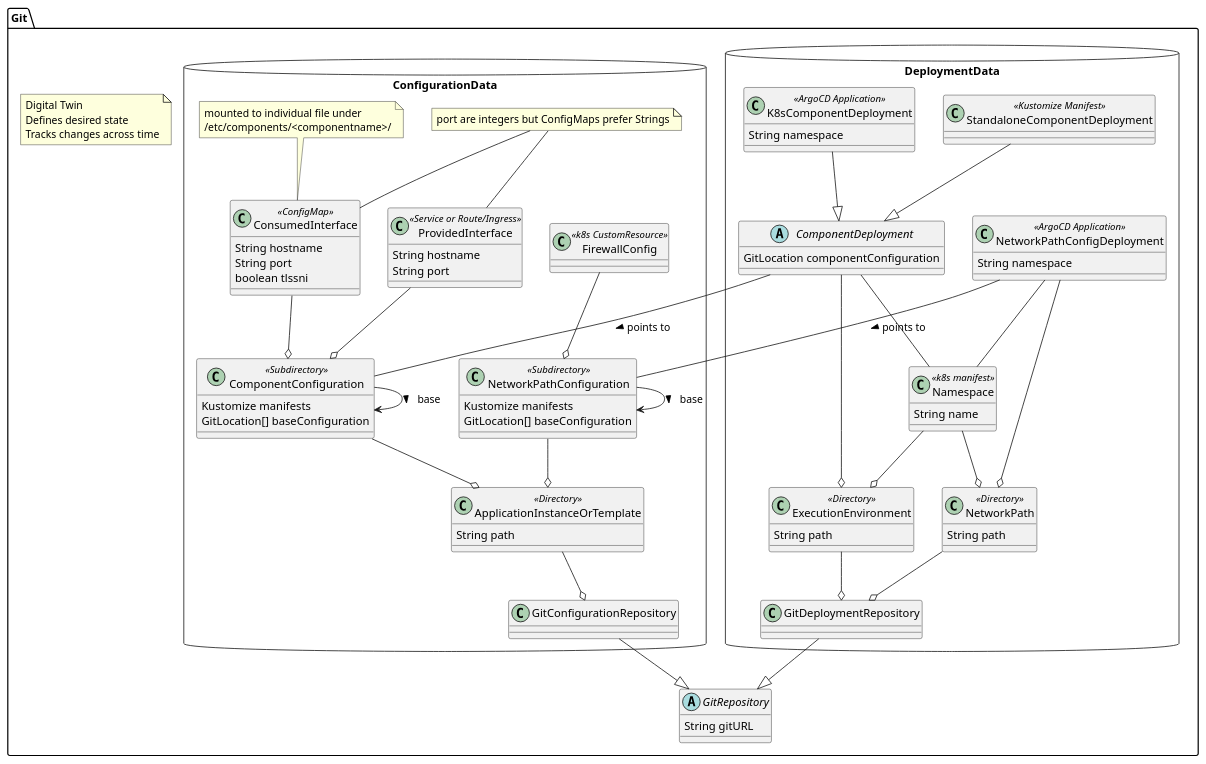
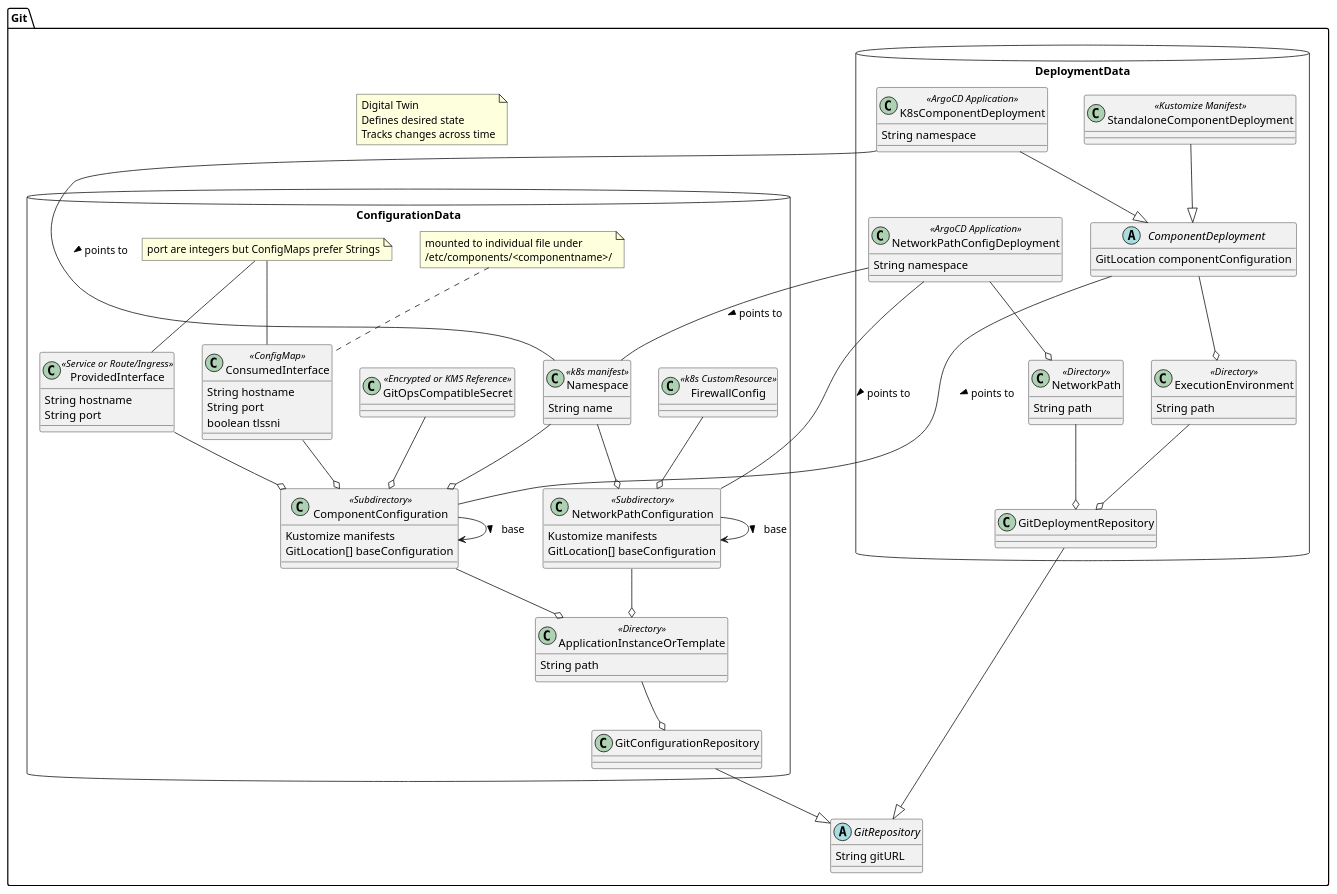
One commit to sa-mw-dach/manuela changed the diagram in docs/architecture/metamodel.git.plantuml. Above: the diagram before and after it, drawn with PlantUML. The commit also changed 1 other file, not shown here.

Commit message:
Add secret and moved namespace to component instance config

```diff
--- a/docs/architecture/metamodel.git.plantuml
+++ b/docs/architecture/metamodel.git.plantuml
@@ -1,102 +1,105 @@
 @startuml
 namespace Git {
     note "Digital Twin\nDefines desired state\nTracks changes across time" as notedigitaltwin
     'Git.ConfigurationData .up. notedigitaltwin
     'Git.DeploymentData .left. notedigitaltwin
 
     abstract class GitRepository
     GitRepository : String gitURL
 
     namespace DeploymentData <<Database>> {
         class K8sComponentDeployment <<ArgoCD Application>>
         K8sComponentDeployment : String namespace
 
         class StandaloneComponentDeployment <<Kustomize Manifest>>
 
         abstract class ComponentDeployment
         ComponentDeployment : GitLocation componentConfiguration
 
         class NetworkPathConfigDeployment <<ArgoCD Application>>
         NetworkPathConfigDeployment : String namespace
 
-        class Namespace <<k8s manifest>>
-        Namespace : String name
-
         class ExecutionEnvironment <<Directory>>
         ExecutionEnvironment : String path
 
         class NetworkPath <<Directory>>
         NetworkPath : String path
 
         class GitDeploymentRepository
 
         K8sComponentDeployment --|> ComponentDeployment
         StandaloneComponentDeployment --|> ComponentDeployment
 
         ComponentDeployment --o ExecutionEnvironment 
         ExecutionEnvironment --o GitDeploymentRepository 
 
         NetworkPathConfigDeployment --o NetworkPath
         NetworkPath --o GitDeploymentRepository
-
-        NetworkPathConfigDeployment -- Namespace
-        ComponentDeployment -- Namespace
-
-        "Namespace" --o ExecutionEnvironment
-        "Namespace" --o NetworkPath
     } 
 
     namespace ConfigurationData <<Database>> {
         class ComponentConfiguration <<Subdirectory>>
         ComponentConfiguration : Kustomize manifests
         ComponentConfiguration : GitLocation[] baseConfiguration
         ComponentConfiguration --> ComponentConfiguration : base >
+
+        class Namespace <<k8s manifest>>
+        Namespace : String name
 
         class ProvidedInterface <<Service or Route/Ingress>>
         ProvidedInterface : String hostname
         ProvidedInterface : String port
 
         class ConsumedInterface <<ConfigMap>>
         ConsumedInterface : String hostname
         ConsumedInterface : String port
         ConsumedInterface : boolean tlssni
 
         note top of ConsumedInterface: mounted to individual file under\n/etc/components/<componentname>/
         note "port are integers but ConfigMaps prefer Strings" as noteintasstring
         noteintasstring -- ConsumedInterface 
         noteintasstring -- ProvidedInterface
 
+        class GitOpsCompatibleSecret <<Encrypted or KMS Reference>>
+
         class NetworkPathConfiguration <<Subdirectory>>
         NetworkPathConfiguration : Kustomize manifests
         NetworkPathConfiguration : GitLocation[] baseConfiguration
         NetworkPathConfiguration --> NetworkPathConfiguration : base >
 
         class FirewallConfig <<k8s CustomResource>>
 
         class ApplicationInstanceOrTemplate <<Directory>>
         ApplicationInstanceOrTemplate : String path
 
         class GitConfigurationRepository
 
+        "Namespace" --o ComponentConfiguration
+        "Namespace" --o NetworkPathConfiguration
+
         ComponentConfiguration --o ApplicationInstanceOrTemplate 
         NetworkPathConfiguration --o ApplicationInstanceOrTemplate 
         FirewallConfig --o NetworkPathConfiguration
         
+        GitOpsCompatibleSecret --o ComponentConfiguration 
         ProvidedInterface --o ComponentConfiguration
         ConsumedInterface --o ComponentConfiguration
 
         ApplicationInstanceOrTemplate --o GitConfigurationRepository
 
 '        note "these are deployment specific -\nshouldn't they be deployment data?" as notedeploymentspecific
 '        notedeploymentspecific -- ConsumedInterface
 '        notedeploymentspecific -- ProvidedInterface
 
     }
 
     Git.DeploymentData.GitDeploymentRepository --|> GitRepository 
     Git.ConfigurationData.GitConfigurationRepository --|> GitRepository
     Git.DeploymentData.ComponentDeployment -- Git.ConfigurationData.ComponentConfiguration : points to >
     Git.DeploymentData.NetworkPathConfigDeployment -- Git.ConfigurationData.NetworkPathConfiguration : points to >
 
+    Git.DeploymentData.K8sComponentDeployment -- Git.ConfigurationData.Namespace : points to >
+    Git.DeploymentData.NetworkPathConfigDeployment --  Git.ConfigurationData.Namespace : points to >
+
 }
 @enduml
```
